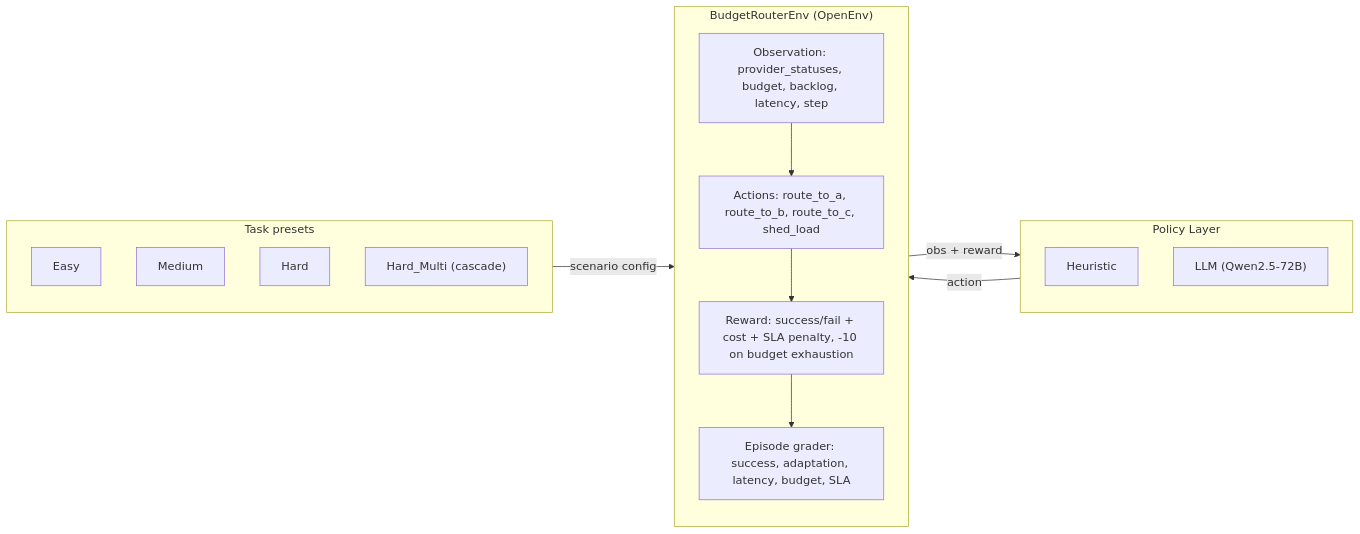
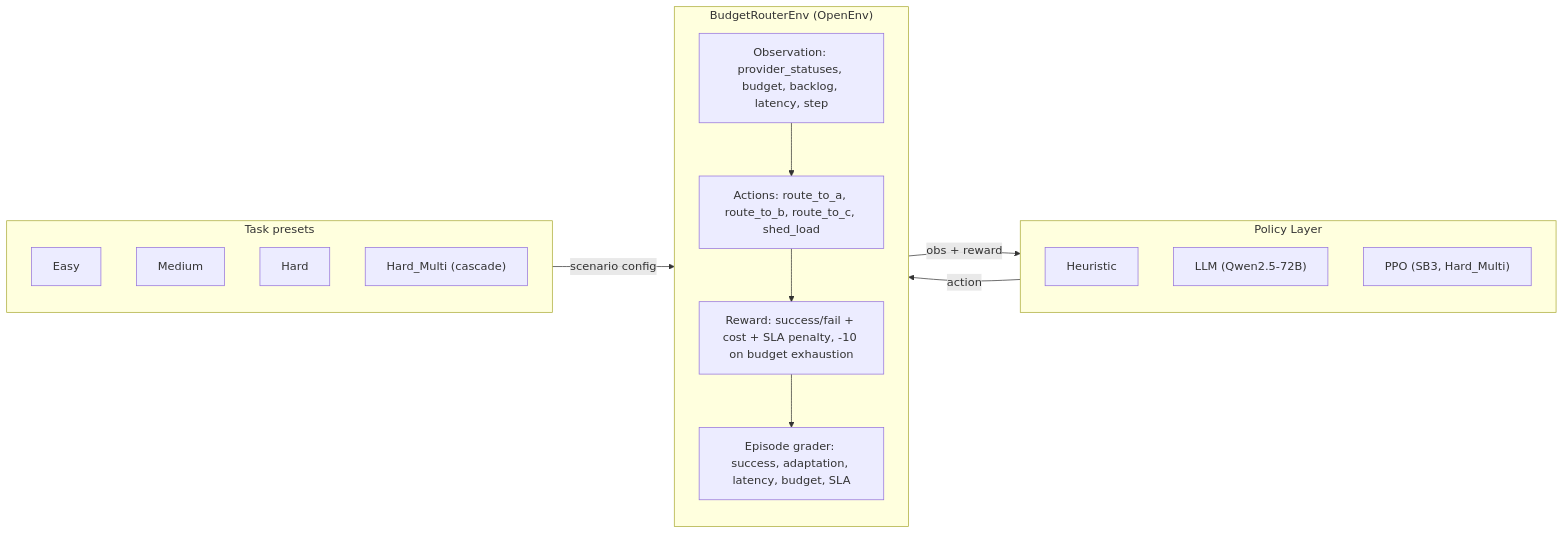
One commit to akshay-babbar/budget-router-openenv changed the diagram in README.md. Above: the diagram before and after it, drawn with Mermaid. The commit also changed other lines of this file and 2 other files, not shown here.

Commit message:
added ppo self trained policy results and refined readme

````diff
--- a/README.md
+++ b/README.md
@@ -52,27 +90,28 @@
 ```mermaid
 flowchart LR
     subgraph Policy["Policy Layer"]
         H["Heuristic"]
         L["LLM (Qwen2.5-72B)"]
+        P["PPO (SB3, Hard_Multi)"]
     end
 
     subgraph Env["BudgetRouterEnv (OpenEnv)"]
         direction TB
         O["Observation: provider_statuses, budget, backlog, latency, step"]
         A["Actions: route_to_a, route_to_b, route_to_c, shed_load"]
         R["Reward: success/fail + cost + SLA penalty, -10 on budget exhaustion"]
         G["Episode grader: success, adaptation, latency, budget, SLA"]
         O --> A --> R --> G
     end
 
     subgraph Tasks["Task presets"]
         E["Easy"]
         M["Medium"]
         Hd["Hard"]
         HM["Hard_Multi (cascade)"]
     end
 
     Policy -->|"action"| Env
     Env -->|"obs + reward"| Policy
     Tasks -->|"scenario config"| Env
 ```
````
